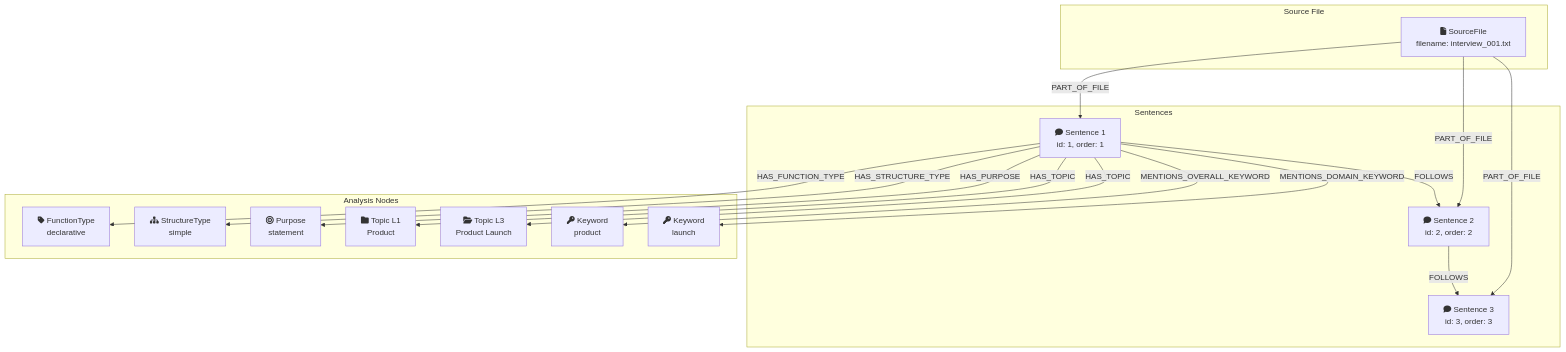
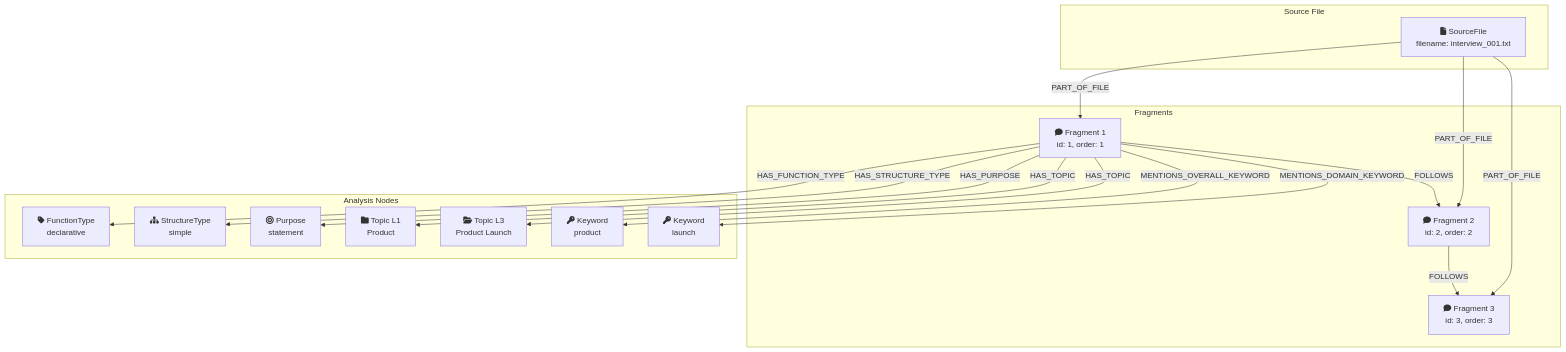
The second of 2 diagrams in docs/architecture/database-schema.md (DigitalCowboyN/interview_analyzer_chaining), drawn with Mermaid before and after one commit. The commit also changed other lines of this file and 10 other files, not shown here.

First line of the commit message:
docs: refresh README + product/architecture docs (current through M5.1b) (#15)

````diff
--- a/docs/architecture/database-schema.md
+++ b/docs/architecture/database-schema.md
@@ -56,37 +75,37 @@
 ```mermaid
 flowchart TD
     subgraph File["Source File"]
         SF[fa:fa-file SourceFile<br/>filename: interview_001.txt]
     end
 
-    subgraph Sentences["Sentences"]
-        S1[fa:fa-comment Sentence 1<br/>id: 1, order: 1]
-        S2[fa:fa-comment Sentence 2<br/>id: 2, order: 2]
-        S3[fa:fa-comment Sentence 3<br/>id: 3, order: 3]
+    subgraph Fragments["Fragments"]
+        S1[fa:fa-comment Fragment 1<br/>id: 1, order: 1]
+        S2[fa:fa-comment Fragment 2<br/>id: 2, order: 2]
+        S3[fa:fa-comment Fragment 3<br/>id: 3, order: 3]
     end
 
     subgraph Analysis["Analysis Nodes"]
         FT[fa:fa-tag FunctionType<br/>declarative]
         ST[fa:fa-sitemap StructureType<br/>simple]
         P[fa:fa-bullseye Purpose<br/>statement]
         T1[fa:fa-folder Topic L1<br/>Product]
         T3[fa:fa-folder-open Topic L3<br/>Product Launch]
         KW1[fa:fa-key Keyword<br/>product]
         KW2[fa:fa-key Keyword<br/>launch]
     end
 
     SF -->|PART_OF_FILE| S1
     SF -->|PART_OF_FILE| S2
     SF -->|PART_OF_FILE| S3
 
     S1 -->|FOLLOWS| S2
     S2 -->|FOLLOWS| S3
 
     S1 -->|HAS_FUNCTION_TYPE| FT
     S1 -->|HAS_STRUCTURE_TYPE| ST
     S1 -->|HAS_PURPOSE| P
     S1 -->|HAS_TOPIC| T1
     S1 -->|HAS_TOPIC| T3
     S1 -->|MENTIONS_OVERALL_KEYWORD| KW1
     S1 -->|MENTIONS_DOMAIN_KEYWORD| KW2
 ```
````
